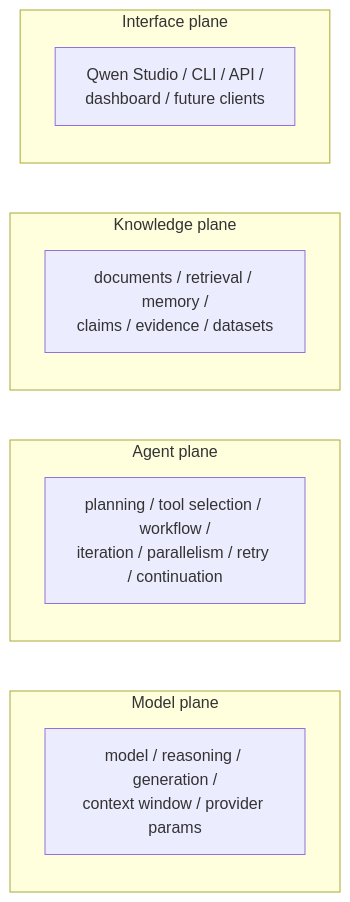
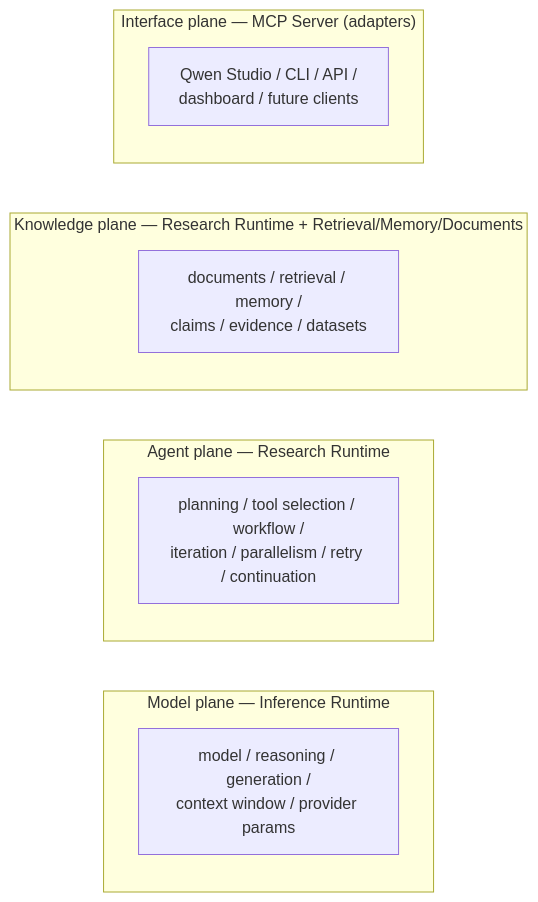
The fifth of 5 diagrams in docs/architecture/diagrams/operating-modes.md (mitem743351/qwen), drawn with Mermaid before and after one commit. The commit also changed other lines of this file and 36 other files, not shown here.

First line of the commit message:
Phase 0.75: runtime boundary and execution architecture

````diff
--- a/docs/architecture/diagrams/operating-modes.md
+++ b/docs/architecture/diagrams/operating-modes.md
@@ -76,15 +83,15 @@
 ```mermaid
 flowchart LR
-    subgraph MP["Model plane"]
+    subgraph MP["Model plane — Inference Runtime"]
         M1["model / reasoning / generation /<br/>context window / provider params"]
     end
-    subgraph AP["Agent plane"]
+    subgraph AP["Agent plane — Research Runtime"]
         A1["planning / tool selection / workflow /<br/>iteration / parallelism / retry / continuation"]
     end
-    subgraph KP["Knowledge plane"]
+    subgraph KP["Knowledge plane — Research Runtime + Retrieval/Memory/Documents"]
         K1["documents / retrieval / memory /<br/>claims / evidence / datasets"]
     end
-    subgraph IP2["Interface plane"]
+    subgraph IP2["Interface plane — MCP Server (adapters)"]
         I1["Qwen Studio / CLI / API /<br/>dashboard / future clients"]
     end
 ```
````
